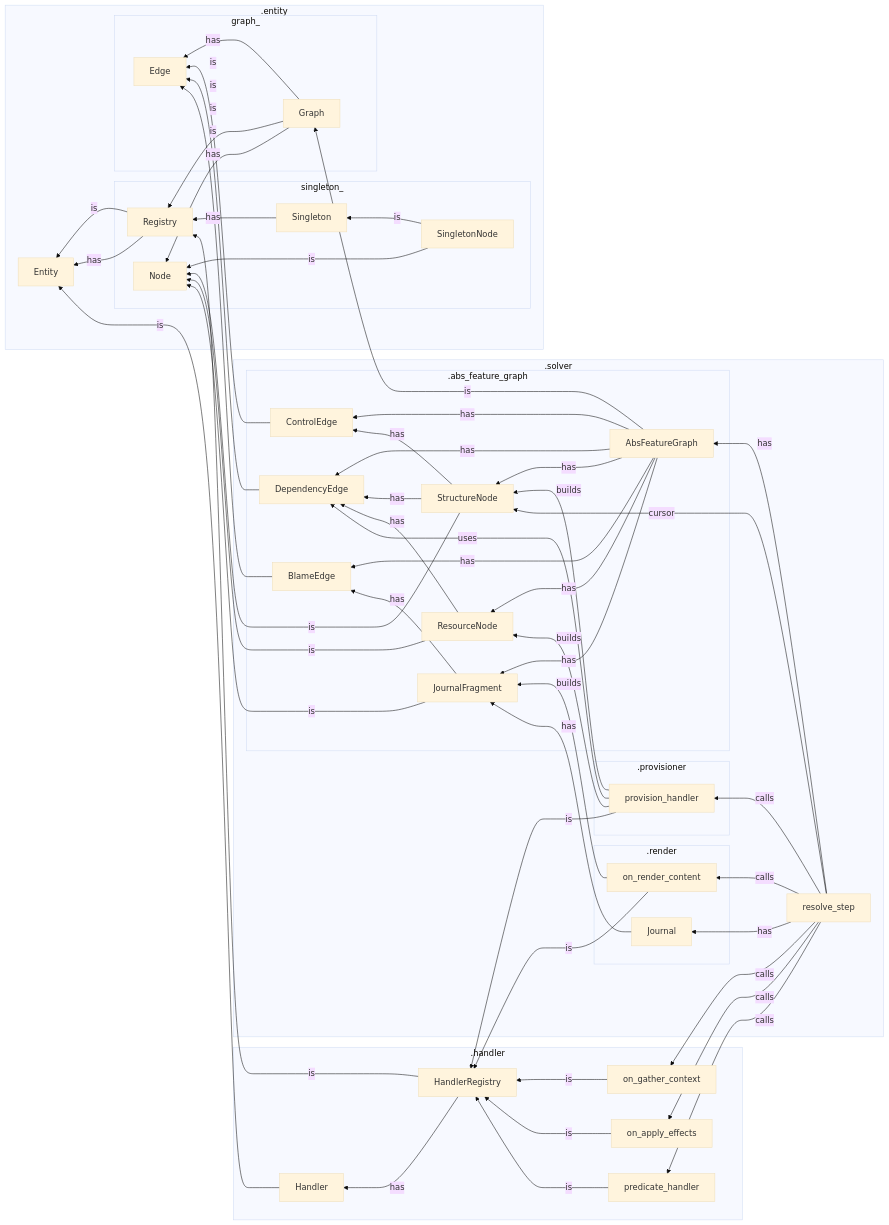
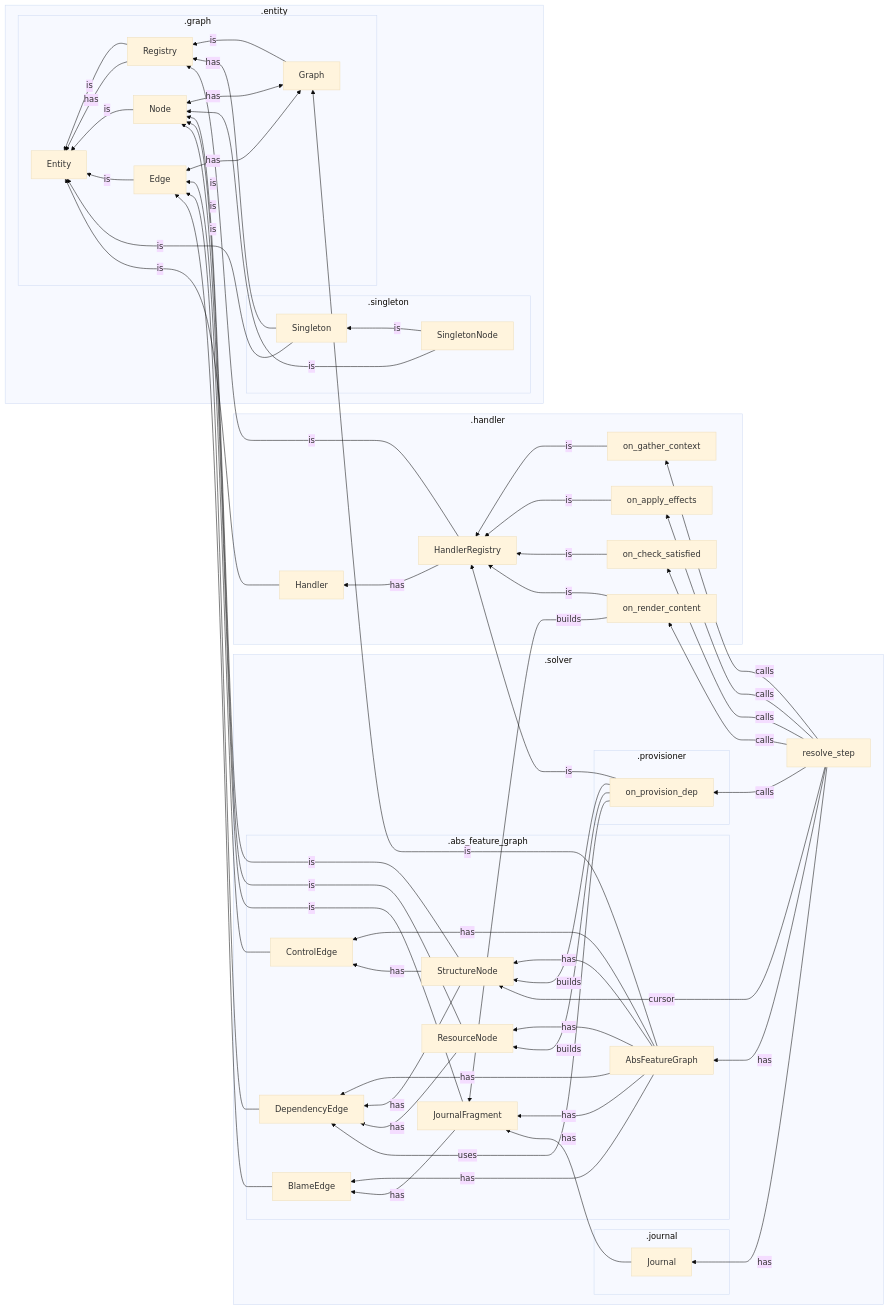
One commit to derekmerck/storytangl changed the diagram in engine/src/tangl/core/notes.md. Above: the diagram before and after it, drawn with Mermaid (base theme). The commit also changed other lines of this file and 40 other files, not shown here.

````diff
--- a/engine/src/tangl/core/notes.md
+++ b/engine/src/tangl/core/notes.md
@@ -8,75 +8,78 @@
 ```mermaid
 flowchart RL
     subgraph .entity 
         Entity
         Registry -- is --> Entity
         Registry -- has --> Entity
-        subgraph singleton_
-          Singleton -- has --> Registry
-          SingletonNode -- is --> Singleton
-          SingletonNode -- is --> Node
+        subgraph .graph
+            Node -- is --> Entity
+            Edge -- is --> Entity
+            Graph -- is --> Registry
+            Graph <-- has --> Node
+            Graph <-- has --> Edge
         end
-        subgraph graph_
-            Graph -- is --> Registry
-            Graph -- has --> Node
-            Graph -- has --> Edge
+        subgraph .singleton
+            Singleton -- is --> Entity
+            Singleton -- has --> Registry
+            SingletonNode -- is --> Singleton
+            SingletonNode -- is --> Node
         end
             
     end
     
     subgraph .handler
         Handler -- is --> Entity
         HandlerRegistry -- is --> Registry
         HandlerRegistry -- has --> Handler
         on_gather_context -- is --> HandlerRegistry
         on_apply_effects -- is --> HandlerRegistry
-        predicate_handler -- is --> HandlerRegistry
+        on_check_satisfied -- is --> HandlerRegistry
+        on_render_content -- is --> HandlerRegistry
     end
 
     subgraph .solver
         subgraph .abs_feature_graph
             AbsFeatureGraph -- is --> Graph
             AbsFeatureGraph -- has --> StructureNode
             AbsFeatureGraph -- has --> ResourceNode
             AbsFeatureGraph -- has --> JournalFragment
             AbsFeatureGraph -- has --> ControlEdge
             AbsFeatureGraph -- has --> DependencyEdge
             AbsFeatureGraph -- has --> BlameEdge
             
             StructureNode -- is --> Node
             StructureNode -- has --> ControlEdge
             StructureNode -- has --> DependencyEdge
             
             ResourceNode -- is --> Node
             ResourceNode -- has --> DependencyEdge
             
             JournalFragment -- is --> Node
             JournalFragment -- has --> BlameEdge
             
             ControlEdge -- is --> Edge
             DependencyEdge -- is --> Edge
             BlameEdge -- is --> Edge
             
         end
         subgraph .provisioner
-            provision_handler -- is --> HandlerRegistry
-            provision_handler -- uses --> DependencyEdge
-            provision_handler -- builds --> ResourceNode
-            provision_handler -- builds --> StructureNode
+            on_provision_dep -- is --> HandlerRegistry
+            on_provision_dep -- uses --> DependencyEdge
+            on_provision_dep -- builds --> ResourceNode
+            on_provision_dep -- builds --> StructureNode
         end
-        subgraph .render
-            on_render_content -- is --> HandlerRegistry
+        subgraph .journal
             on_render_content -- builds --> JournalFragment
             Journal -- has --> JournalFragment
         end
         
         resolve_step -- has --> Journal
         resolve_step -- has --> AbsFeatureGraph
         resolve_step -- cursor --> StructureNode
         resolve_step -- calls --> on_gather_context
-        resolve_step -- calls --> predicate_handler
+        resolve_step -- calls --> on_check_satisfied
         resolve_step -- calls --> on_apply_effects
-        resolve_step -- calls --> provision_handler
+        resolve_step -- calls --> on_provision_dep
         resolve_step -- calls --> on_render_content
     end
 ```
````
